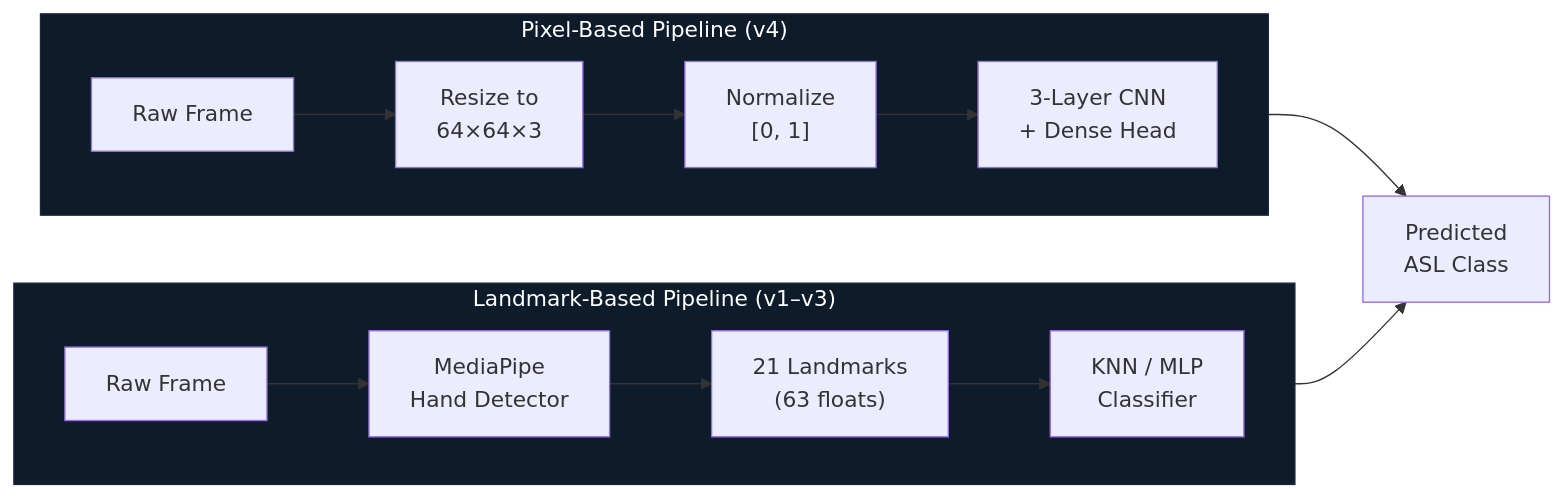
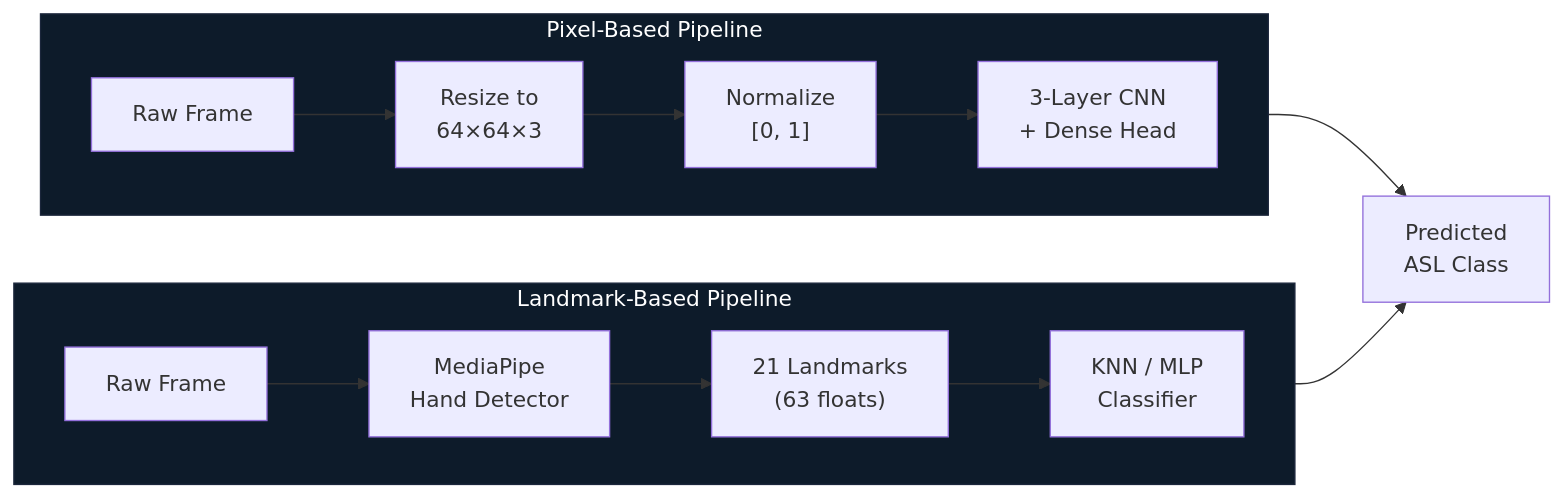
One commit to InvictusRex/Fulcrum changed the second of 11 diagrams in README.md. Above: the diagram before and after it, drawn with Mermaid. The commit also changed other lines of this file, not shown here.

Commit message:
docs: Updated README.md to reflect current progression & future roadmap

````diff
--- a/README.md
+++ b/README.md
@@ -81,22 +62,22 @@
 ```mermaid
 graph LR
-    subgraph LANDMARK ["Landmark-Based Pipeline (v1–v3)"]
+    subgraph LANDMARK ["Landmark-Based Pipeline"]
         direction LR
         F1["Raw Frame"] --> MP["MediaPipe<br/>Hand Detector"]
         MP --> LM["21 Landmarks<br/>(63 floats)"]
         LM --> C1["KNN / MLP<br/>Classifier"]
     end
 
-    subgraph PIXEL ["Pixel-Based Pipeline (v4)"]
+    subgraph PIXEL ["Pixel-Based Pipeline"]
         direction LR
         F2["Raw Frame"] --> RS["Resize to<br/>64×64×3"]
         RS --> NM["Normalize<br/>[0, 1]"]
         NM --> CN["3-Layer CNN<br/>+ Dense Head"]
     end
 
     C1 --> PRED["Predicted<br/>ASL Class"]
     CN --> PRED
 
     style LANDMARK fill:#0d1b2a,stroke:#1b263b,color:#fff
     style PIXEL fill:#0d1b2a,stroke:#1b263b,color:#fff
 ```
````
